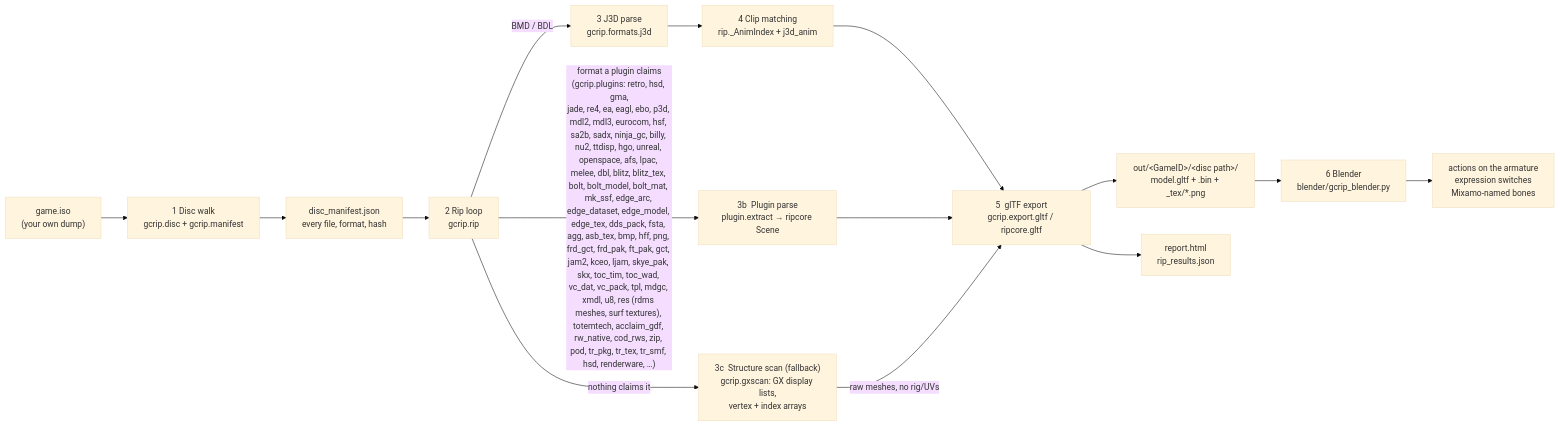
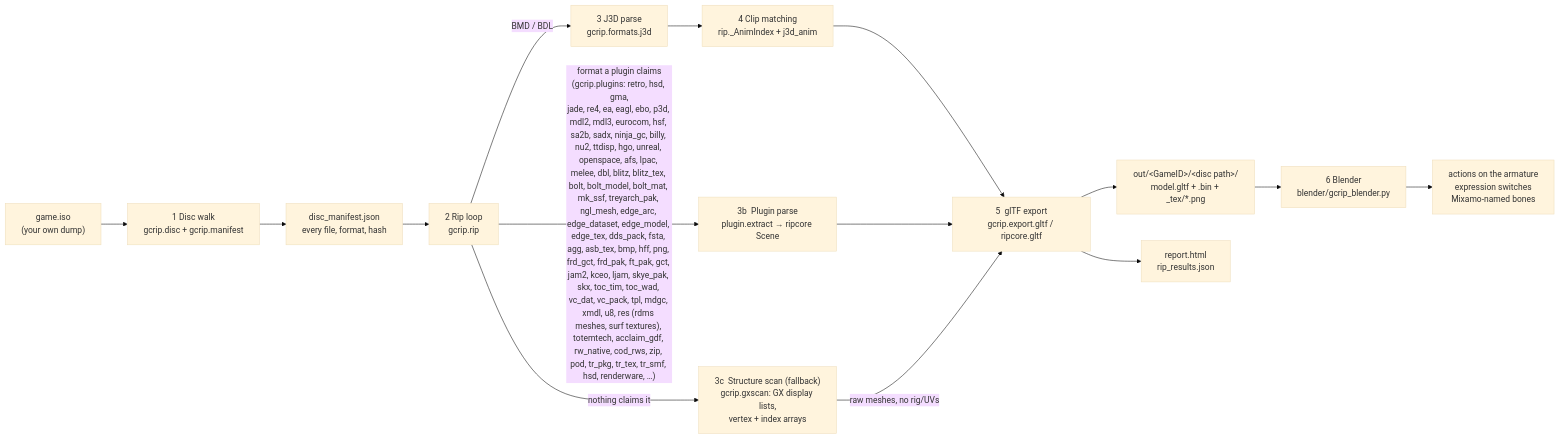
One commit to Felbs/3d-ripper-9000 changed the first of 10 diagrams in docs/PIPELINE.md. Above: the diagram before and after it, drawn with Mermaid (base theme). The commit also changed other lines of this file and 9 other files, not shown here.

First line of the commit message:
gcrip ngl_gc: Treyarch NGL (Ultimate Spider-Man, Spider-Man 2) - amalgapak + mashed pack directories, GCNM meshes with per-list VCDs and rebasing, GCNT/IFL textures, FastSkinS16 skin programs replayed for bones and weights

````diff
--- a/docs/PIPELINE.md
+++ b/docs/PIPELINE.md
@@ -11,17 +11,17 @@
 ```mermaid
 flowchart LR
     ISO["game.iso<br/>(your own dump)"] --> WALK["1  Disc walk<br/>gcrip.disc + gcrip.manifest"]
     WALK --> MAN["disc_manifest.json<br/>every file, format, hash"]
     MAN --> RIP["2  Rip loop<br/>gcrip.rip"]
     RIP -->|"BMD / BDL"| J3D["3  J3D parse<br/>gcrip.formats.j3d"]
-    RIP -->|"format a plugin claims<br/>(gcrip.plugins: retro, hsd, gma,<br/>jade, re4, ea, eagl, ebo, p3d, mdl2, mdl3, eurocom, hsf, sa2b, sadx, ninja_gc, billy, nu2, ttdisp, hgo, unreal, openspace, afs, lpac, melee, dbl, blitz, blitz_tex, bolt, bolt_model, bolt_mat, mk_ssf, edge_arc, edge_dataset, edge_model, edge_tex, dds_pack, fsta, agg, asb_tex, bmp, hff, png, frd_gct, frd_pak, ft_pak, gct, jam2, kceo, ljam, skye_pak, skx, toc_tim, toc_wad, vc_dat, vc_pack, tpl, mdgc, xmdl, u8, res (rdms meshes, surf textures), totemtech, acclaim_gdf, rw_native, cod_rws, zip, pod, tr_pkg, tr_tex, tr_smf, hsd, renderware, …)"| PLUG["3b  Plugin parse<br/>plugin.extract → ripcore Scene"]
+    RIP -->|"format a plugin claims<br/>(gcrip.plugins: retro, hsd, gma,<br/>jade, re4, ea, eagl, ebo, p3d, mdl2, mdl3, eurocom, hsf, sa2b, sadx, ninja_gc, billy, nu2, ttdisp, hgo, unreal, openspace, afs, lpac, melee, dbl, blitz, blitz_tex, bolt, bolt_model, bolt_mat, mk_ssf, treyarch_pak, ngl_mesh, edge_arc, edge_dataset, edge_model, edge_tex, dds_pack, fsta, agg, asb_tex, bmp, hff, png, frd_gct, frd_pak, ft_pak, gct, jam2, kceo, ljam, skye_pak, skx, toc_tim, toc_wad, vc_dat, vc_pack, tpl, mdgc, xmdl, u8, res (rdms meshes, surf textures), totemtech, acclaim_gdf, rw_native, cod_rws, zip, pod, tr_pkg, tr_tex, tr_smf, hsd, renderware, …)"| PLUG["3b  Plugin parse<br/>plugin.extract → ripcore Scene"]
     RIP -->|"nothing claims it"| GX["3c  Structure scan (fallback)<br/>gcrip.gxscan: GX display lists,<br/>vertex + index arrays"]
     J3D --> ANIM["4  Clip matching<br/>rip._AnimIndex + j3d_anim"]
     ANIM --> GLTF["5  glTF export<br/>gcrip.export.gltf / ripcore.gltf"]
     PLUG --> GLTF
     GX -->|"raw meshes, no rig/UVs"| GLTF
     GLTF --> OUT["out/&lt;GameID&gt;/&lt;disc path&gt;/<br/>model.gltf + .bin + _tex/*.png"]
     GLTF --> REP["report.html<br/>rip_results.json"]
     OUT --> BL["6  Blender<br/>blender/gcrip_blender.py"]
     BL --> PLAY["actions on the armature<br/>expression switches<br/>Mixamo-named bones"]
 ```
````
